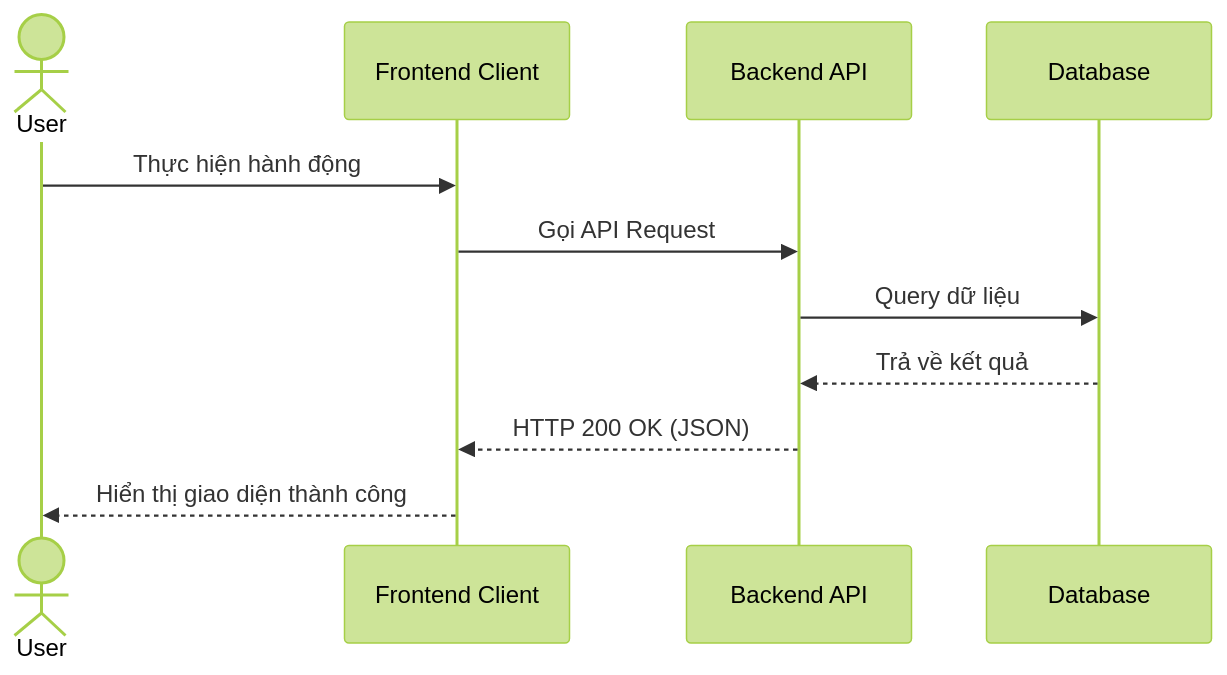
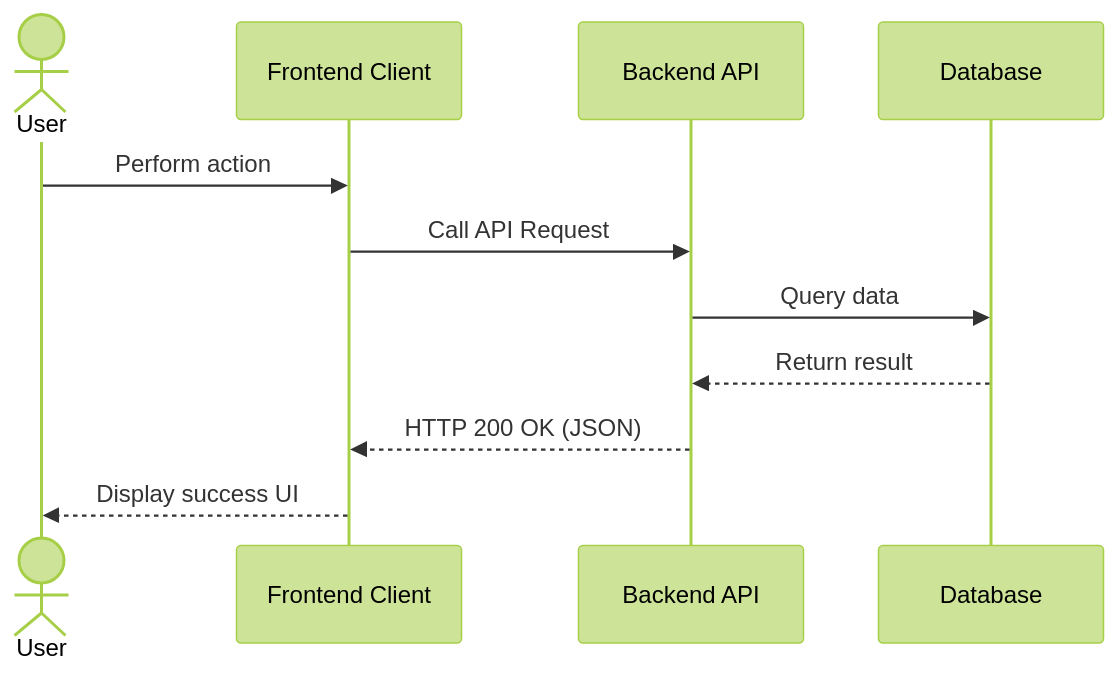
Before and after one commit to duytan177/structure-vide-code: the diagram in docs/specs/spec-template.md, drawn with Mermaid (forest theme). The commit also changed other lines of this file and 117 other files, not shown here.

````diff
--- a/docs/specs/spec-template.md
+++ b/docs/specs/spec-template.md
@@ -24,14 +24,14 @@
 ```mermaid
 sequenceDiagram
     actor User
     participant FE as Frontend Client
     participant BE as Backend API
     participant DB as Database
 
-    User->>FE: Thực hiện hành động
-    FE->>BE: Gọi API Request
-    BE->>DB: Query dữ liệu
-    DB-->>BE: Trả về kết quả
+    User->>FE: Perform action
+    FE->>BE: Call API Request
+    BE->>DB: Query data
+    DB-->>BE: Return result
     BE-->>FE: HTTP 200 OK (JSON)
-    FE-->>User: Hiển thị giao diện thành công
+    FE-->>User: Display success UI
 ```
````
